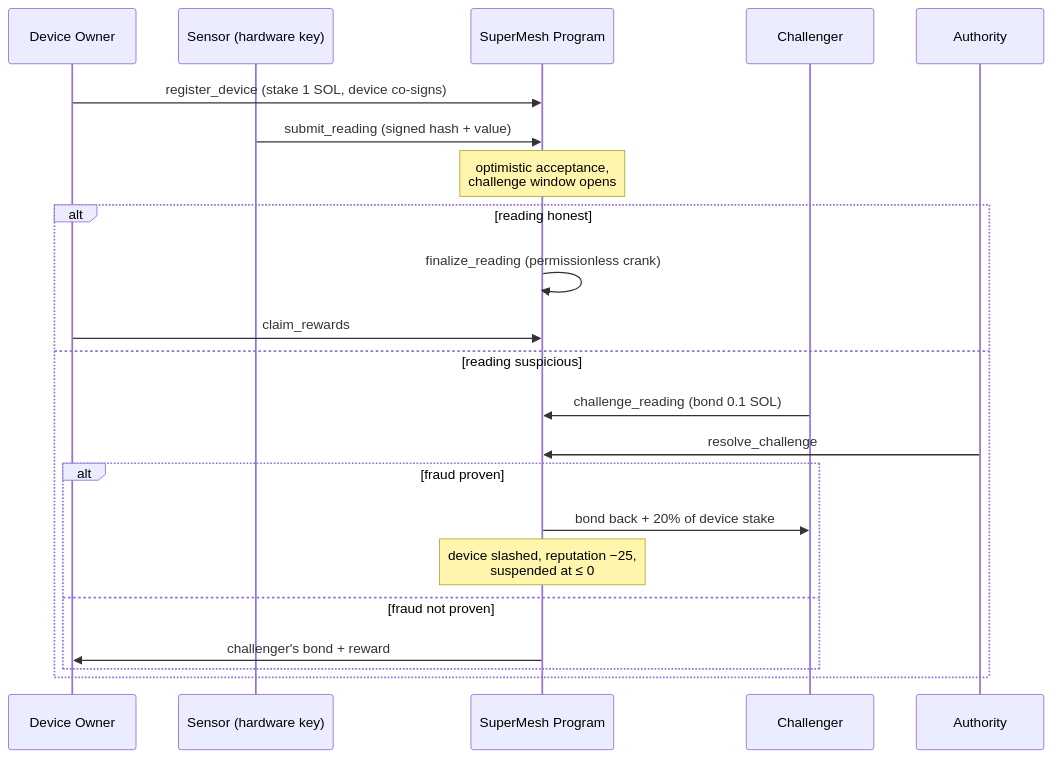
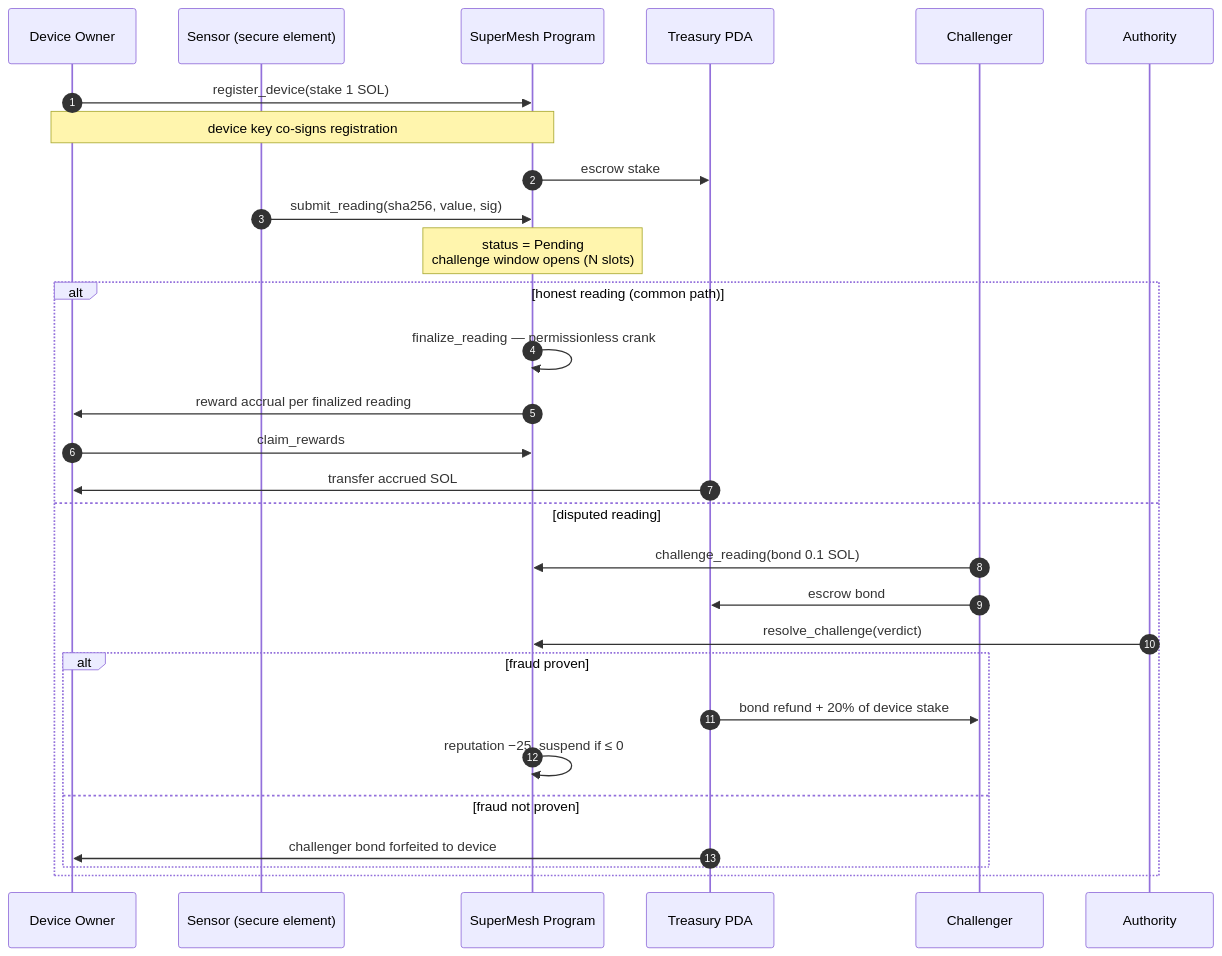
The third of 6 diagrams in README.md (supermesh99/super-mesh), drawn with Mermaid before and after one commit. The commit also changed other lines of this file and 4 other files, not shown here.

Commit message:
README: new exclusive art (docs/img) + technical diagrams (architecture, state machine, econ model, ER, roadmap)

````diff
--- a/README.md
+++ b/README.md
@@ -23,25 +113,33 @@
 ```mermaid
 sequenceDiagram
+    autonumber
     participant O as Device Owner
-    participant D as Sensor (hardware key)
+    participant D as Sensor (secure element)
     participant P as SuperMesh Program
+    participant T as Treasury PDA
     participant C as Challenger
     participant A as Authority
 
-    O->>P: register_device (stake 1 SOL, device co-signs)
-    D->>P: submit_reading (signed hash + value)
-    Note over P: optimistic acceptance,<br/>challenge window opens
-    alt reading honest
-        P->>P: finalize_reading (permissionless crank)
+    O->>P: register_device(stake 1 SOL)
+    Note over O,P: device key co-signs registration
+    P->>T: escrow stake
+    D->>P: submit_reading(sha256, value, sig)
+    Note over P: status = Pending<br/>challenge window opens (N slots)
+
+    alt honest reading (common path)
+        P->>P: finalize_reading — permissionless crank
+        P->>O: reward accrual per finalized reading
         O->>P: claim_rewards
-    else reading suspicious
-        C->>P: challenge_reading (bond 0.1 SOL)
-        A->>P: resolve_challenge
+        T->>O: transfer accrued SOL
+    else disputed reading
+        C->>P: challenge_reading(bond 0.1 SOL)
+        C->>T: escrow bond
+        A->>P: resolve_challenge(verdict)
         alt fraud proven
-            P->>C: bond back + 20% of device stake
-            Note over P: device slashed, reputation −25,<br/>suspended at ≤ 0
+            T->>C: bond refund + 20% of device stake
+            P->>P: reputation −25, suspend if ≤ 0
         else fraud not proven
-            P->>O: challenger's bond + reward
+            T->>O: challenger bond forfeited to device
         end
     end
 ```
````
